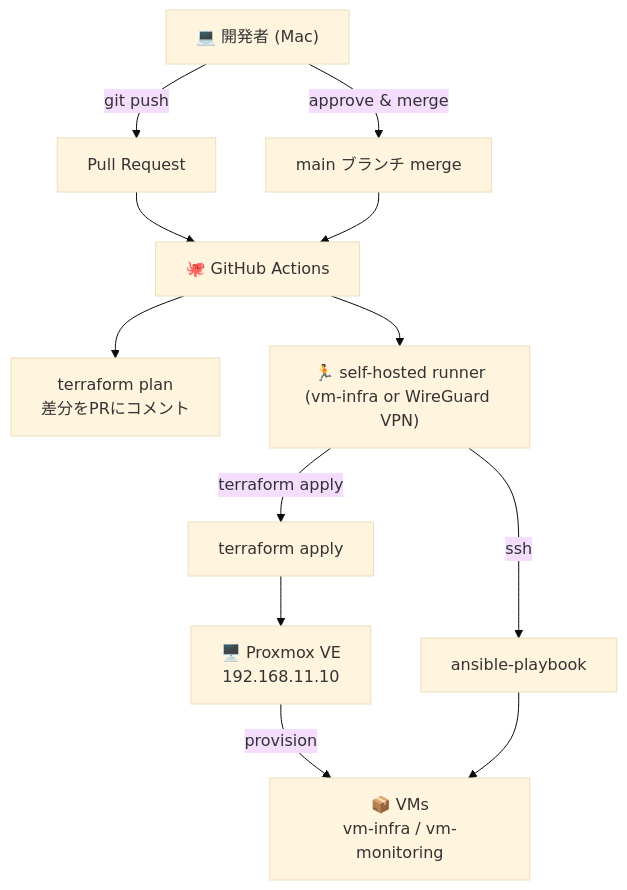
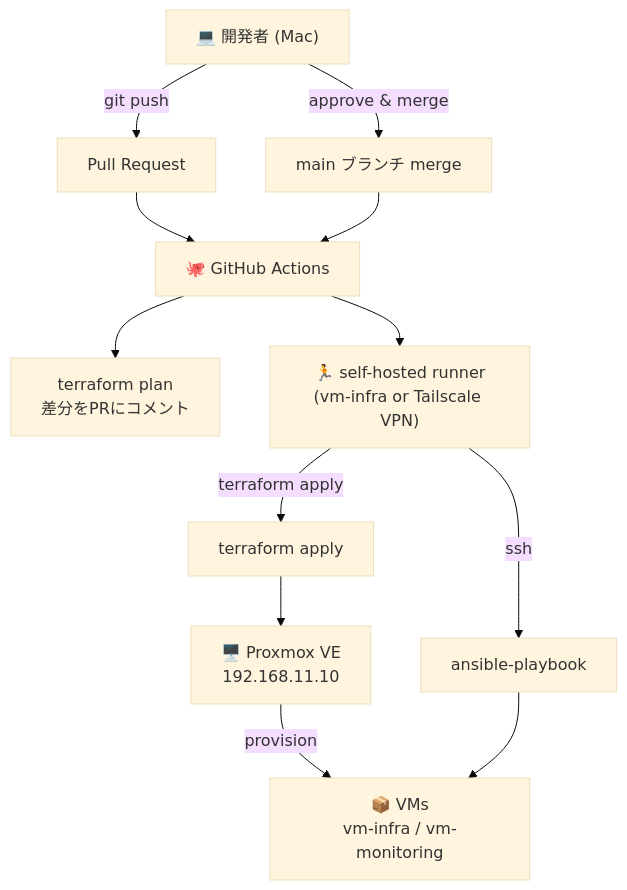
One commit to kanare-dev/homelab changed the second of 2 diagrams in docs/cicd.md. Above: the diagram before and after it, drawn with Mermaid (base theme). The commit also changed other lines of this file and 3 other files, not shown here.

Commit message:
docs: replace WireGuard references with Tailscale across all docs

````diff
--- a/docs/cicd.md
+++ b/docs/cicd.md
@@ -54,25 +54,25 @@
 ```mermaid
 flowchart TD
     dev["💻 開発者 (Mac)"]
     pr["Pull Request"]
     main["main ブランチ merge"]
     github["🐙 GitHub Actions"]
     plan["terraform plan\n差分をPRにコメント"]
     apply["terraform apply"]
     ansible["ansible-playbook"]
     proxmox["🖥️ Proxmox VE\n192.168.11.10"]
     vms["📦 VMs\nvm-infra / vm-monitoring"]
-    runner["🏃 self-hosted runner\n(vm-infra or WireGuard VPN)"]
+    runner["🏃 self-hosted runner\n(vm-infra or Tailscale VPN)"]
 
     dev -->|git push| pr
     dev -->|approve & merge| main
     pr --> github
     main --> github
     github --> plan
     github --> runner
     runner -->|terraform apply| apply
     runner -->|ssh| ansible
     apply --> proxmox
     proxmox -->|provision| vms
     ansible --> vms
 ```
````
